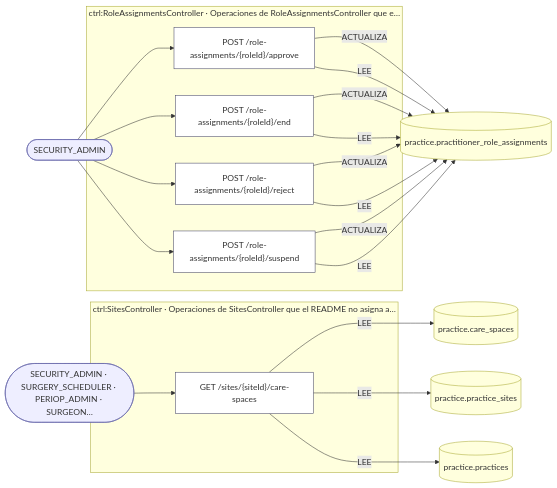
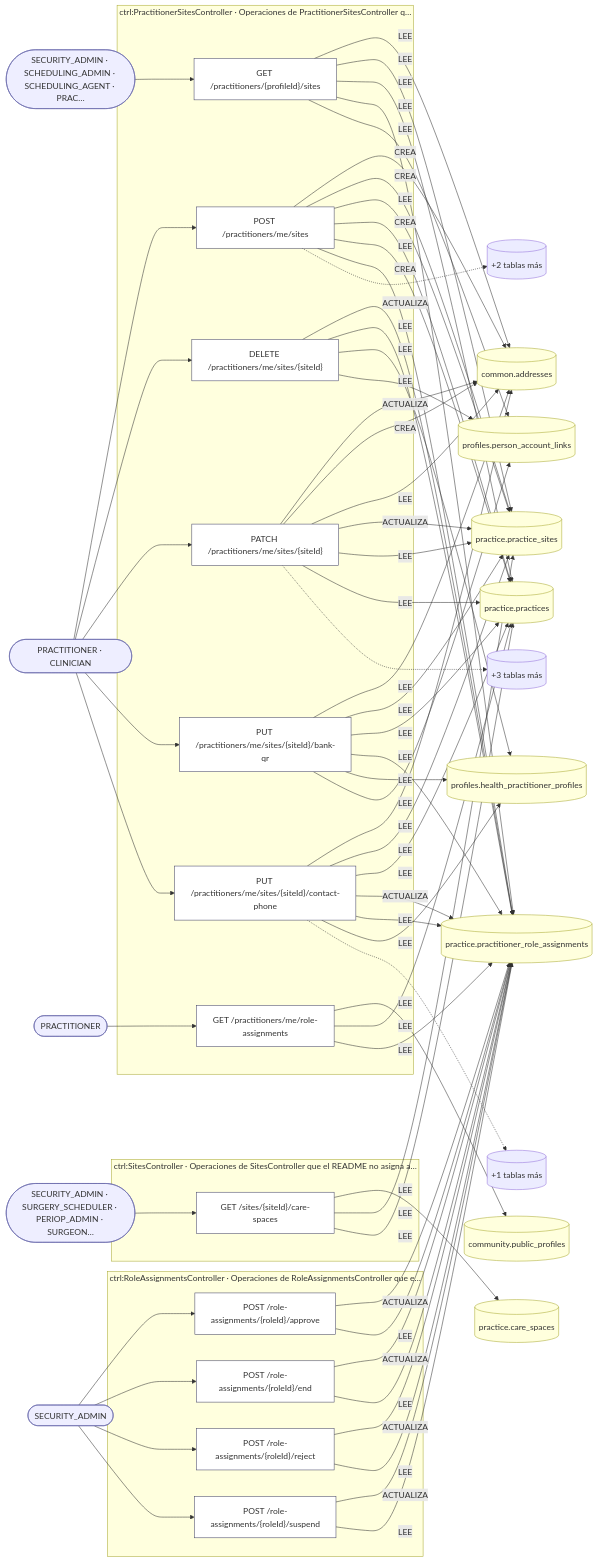
The second of 30 diagrams in docs/inventario/flujos/practice.md (mdavila-2001/mantra-core-health-api), drawn with Mermaid before and after one commit. The commit also changed other lines of this file and 451 other files, not shown here.

````diff
--- a/docs/inventario/flujos/practice.md
+++ b/docs/inventario/flujos/practice.md
@@ -208,36 +206,101 @@
 ```mermaid
 flowchart LR
-  a2(["SECURITY_ADMIN"]):::actor
-  a8(["SECURITY_ADMIN · SURGERY_SCHEDULER · PERIOP_ADMIN · SURGEON…"]):::actor
-  t3[("practice.practitioner_role_assignments")]:::tabla
-  t9[("practice.care_spaces")]:::tabla
-  t10[("practice.practice_sites")]:::tabla
-  t11[("practice.practices")]:::tabla
-  subgraph s0["ctrl:RoleAssignmentsController · Operaciones de RoleAssignmentsController que e…"]
-    o1["POST /role-assignments/{roleId}/approve"]:::op
-    o4["POST /role-assignments/{roleId}/end"]:::op
-    o5["POST /role-assignments/{roleId}/reject"]:::op
-    o6["POST /role-assignments/{roleId}/suspend"]:::op
+  a2(["SECURITY_ADMIN · SCHEDULING_ADMIN · SCHEDULING_AGENT · PRAC…"]):::actor
+  a9(["PRACTITIONER"]):::actor
+  a12(["PRACTITIONER · CLINICIAN"]):::actor
+  a22(["SECURITY_ADMIN"]):::actor
+  a27(["SECURITY_ADMIN · SURGERY_SCHEDULER · PERIOP_ADMIN · SURGEON…"]):::actor
+  t3[("common.addresses")]:::tabla
+  t4[("practice.practice_sites")]:::tabla
+  t5[("practice.practices")]:::tabla
+  t6[("practice.practitioner_role_assignments")]:::tabla
+  t7[("profiles.person_account_links")]:::tabla
+  t10[("community.public_profiles")]:::tabla
+  t15[("profiles.health_practitioner_profiles")]:::tabla
+  t28[("practice.care_spaces")]:::tabla
+  t13[("+2 tablas más")]
+  t17[("+3 tablas más")]
+  t20[("+1 tablas más")]
+  subgraph s0["ctrl:PractitionerSitesController · Operaciones de PractitionerSitesController q…"]
+    o1["GET /practitioners/{profileId}/sites"]:::op
+    o8["GET /practitioners/me/role-assignments"]:::op
+    o11["POST /practitioners/me/sites"]:::op
+    o14["DELETE /practitioners/me/sites/{siteId}"]:::op
+    o16["PATCH /practitioners/me/sites/{siteId}"]:::op
+    o18["PUT /practitioners/me/sites/{siteId}/bank-qr"]:::op
+    o19["PUT /practitioners/me/sites/{siteId}/contact-phone"]:::op
   end
-  subgraph s1["ctrl:SitesController · Operaciones de SitesController que el README no asigna a…"]
-    o7["GET /sites/{siteId}/care-spaces"]:::op
+  subgraph s1["ctrl:RoleAssignmentsController · Operaciones de RoleAssignmentsController que e…"]
+    o21["POST /role-assignments/{roleId}/approve"]:::op
+    o23["POST /role-assignments/{roleId}/end"]:::op
+    o24["POST /role-assignments/{roleId}/reject"]:::op
+    o25["POST /role-assignments/{roleId}/suspend"]:::op
+  end
+  subgraph s2["ctrl:SitesController · Operaciones de SitesController que el README no asigna a…"]
+    o26["GET /sites/{siteId}/care-spaces"]:::op
   end
   a2 --> o1
-  o1 -->|"ACTUALIZA"| t3
   o1 -->|"LEE"| t3
-  a2 --> o4
-  o4 -->|"ACTUALIZA"| t3
-  o4 -->|"LEE"| t3
-  a2 --> o5
-  o5 -->|"ACTUALIZA"| t3
-  o5 -->|"LEE"| t3
-  a2 --> o6
-  o6 -->|"ACTUALIZA"| t3
-  o6 -->|"LEE"| t3
-  a8 --> o7
-  o7 -->|"LEE"| t9
-  o7 -->|"LEE"| t10
-  o7 -->|"LEE"| t11
+  o1 -->|"LEE"| t4
+  o1 -->|"LEE"| t5
+  o1 -->|"LEE"| t6
+  o1 -->|"LEE"| t7
+  a9 --> o8
+  o8 -->|"LEE"| t10
+  o8 -->|"LEE"| t5
+  o8 -->|"LEE"| t6
+  a12 --> o11
+  o11 -->|"CREA"| t3
+  o11 -->|"CREA"| t4
+  o11 -->|"LEE"| t4
+  o11 -->|"CREA"| t5
+  o11 -->|"LEE"| t5
+  o11 -->|"CREA"| t6
+  o11 -.-> t13
+  a12 --> o14
+  o14 -->|"ACTUALIZA"| t6
+  o14 -->|"LEE"| t6
+  o14 -->|"LEE"| t15
+  o14 -->|"LEE"| t7
+  a12 --> o16
+  o16 -->|"ACTUALIZA"| t3
+  o16 -->|"CREA"| t3
+  o16 -->|"LEE"| t3
+  o16 -->|"ACTUALIZA"| t4
+  o16 -->|"LEE"| t4
+  o16 -->|"LEE"| t5
+  o16 -.-> t17
+  a12 --> o18
+  o18 -->|"LEE"| t3
+  o18 -->|"LEE"| t4
+  o18 -->|"LEE"| t5
+  o18 -->|"LEE"| t6
+  o18 -->|"LEE"| t15
+  o18 -->|"LEE"| t7
+  a12 --> o19
+  o19 -->|"LEE"| t3
+  o19 -->|"LEE"| t4
+  o19 -->|"LEE"| t5
+  o19 -->|"ACTUALIZA"| t6
+  o19 -->|"LEE"| t6
+  o19 -->|"LEE"| t15
+  o19 -.-> t20
+  a22 --> o21
+  o21 -->|"ACTUALIZA"| t6
+  o21 -->|"LEE"| t6
+  a22 --> o23
+  o23 -->|"ACTUALIZA"| t6
+  o23 -->|"LEE"| t6
+  a22 --> o24
+  o24 -->|"ACTUALIZA"| t6
+  o24 -->|"LEE"| t6
+  a22 --> o25
+  o25 -->|"ACTUALIZA"| t6
+  o25 -->|"LEE"| t6
+  a27 --> o26
+  o26 -->|"LEE"| t28
+  o26 -->|"LEE"| t4
+  o26 -->|"LEE"| t5
   classDef op fill:#fff,stroke:#446
   classDef actor fill:#eef,stroke:#66a
   classDef tabla fill:#ffd,stroke:#aa3
````
